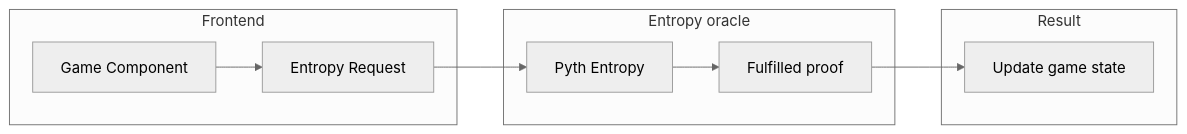
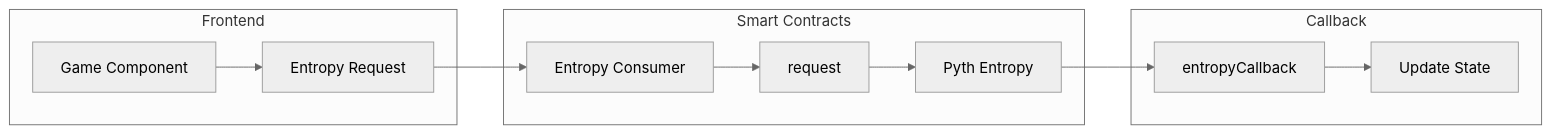
One commit to AmaanSayyad/APT-Casino-0g changed the second of 3 diagrams in README.md. Above: the diagram before and after it, drawn with Mermaid (neutral theme). The commit also changed other lines of this file and 49 other files, not shown here.

First line of the commit message:
Ship 0G mainnet GameLogger and Wave 3 proof for the AKINDO buildathon.

````diff
--- a/README.md
+++ b/README.md
@@ -318,13 +193,15 @@
 ```mermaid
 graph LR
     subgraph Frontend["Frontend"]
         A[Game Component] --> B[Entropy Request]
     end
-    subgraph Oracle["Entropy oracle"]
-        E[Pyth Entropy] --> H[Fulfilled proof]
+    subgraph Contracts["Smart Contracts"]
+        C[Entropy Consumer] --> D[request]
+        D --> E[Pyth Entropy]
     end
-    subgraph Callback["Result"]
-        H --> J[Update game state]
+    subgraph Callback["Callback"]
+        H[entropyCallback] --> J[Update State]
     end
-    B --> E
+    B --> C
+    E --> H
 ```
````
